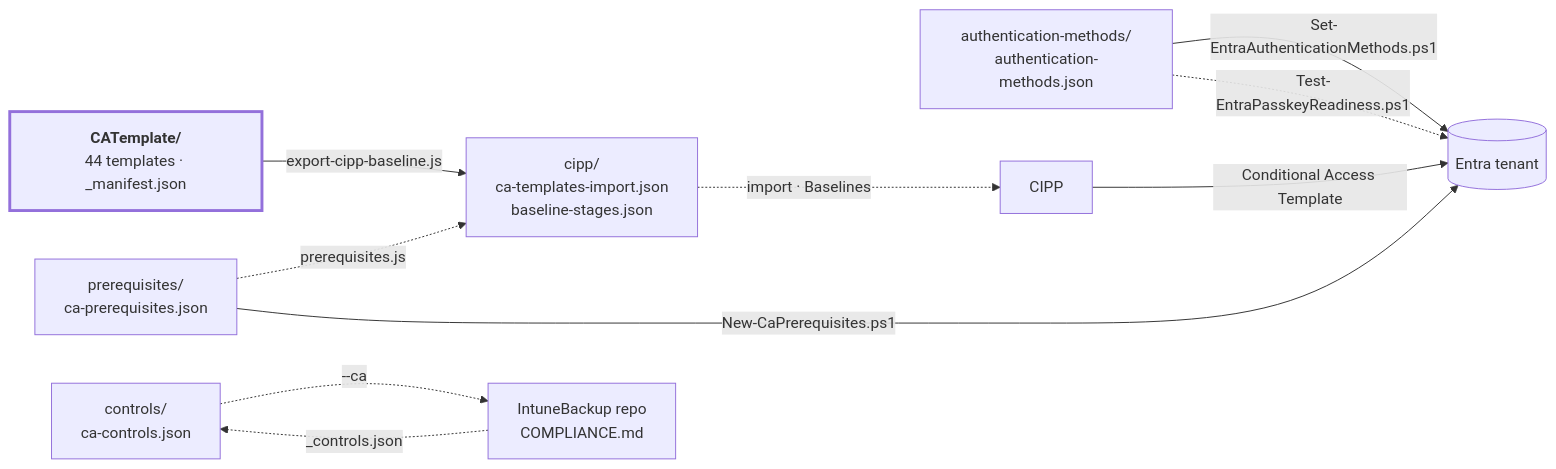
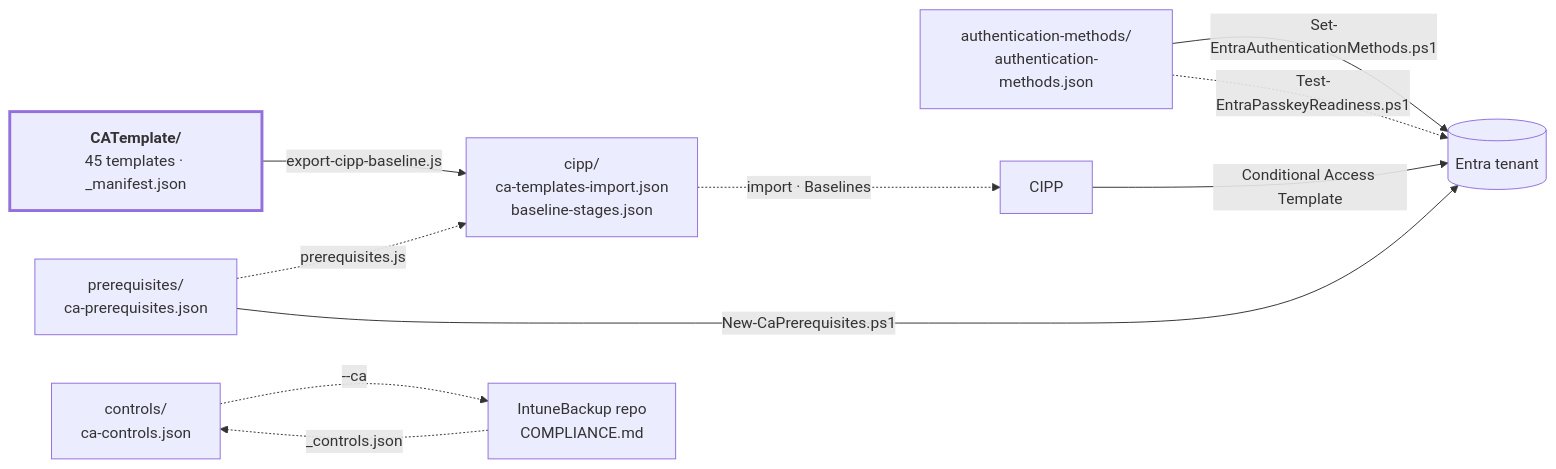
The diagram in docs/STRUCTUUR.en.md (sjkanon/CA-Policies), drawn with Mermaid before and after one commit. The commit also changed other lines of this file and 28 other files, not shown here.

````diff
--- a/docs/STRUCTUUR.en.md
+++ b/docs/STRUCTUUR.en.md
@@ -27,20 +27,20 @@
 ```mermaid
 flowchart LR
-  T["<b>CATemplate/</b><br/>44 templates · _manifest.json"]
+  T["<b>CATemplate/</b><br/>45 templates · _manifest.json"]
   P["prerequisites/<br/>ca-prerequisites.json"]
   A["authentication-methods/<br/>authentication-methods.json"]
   C["controls/<br/>ca-controls.json"]
 
   T -->|export-cipp-baseline.js| X["cipp/<br/>ca-templates-import.json<br/>baseline-stages.json"]
   P -.->|prerequisites.js| X
   X -.->|import · Baselines| CIPP["CIPP"]
   CIPP -->|Conditional Access Template| TEN[("Entra tenant")]
   P -->|New-CaPrerequisites.ps1| TEN
   A -->|Set-EntraAuthenticationMethods.ps1| TEN
   A -.->|Test-EntraPasskeyReadiness.ps1| TEN
 
   C -.->|--ca| IB["IntuneBackup repo<br/>COMPLIANCE.md"]
   IB -.->|_controls.json| C
 
   style T stroke-width:3px
 ```
````
